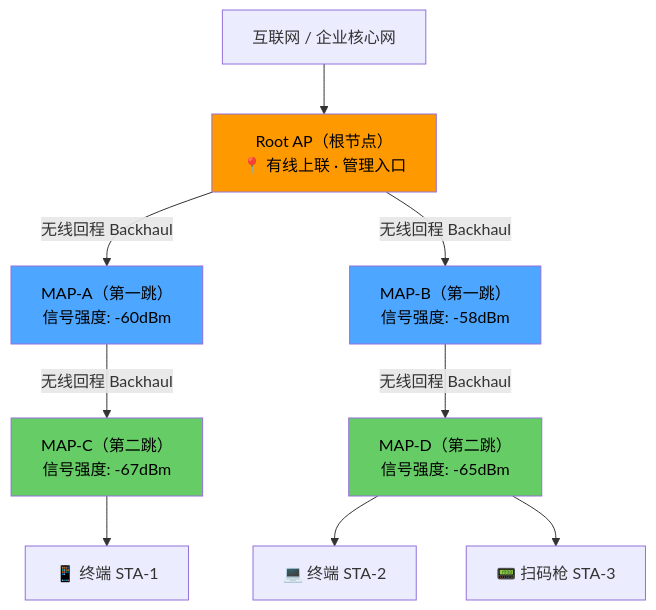
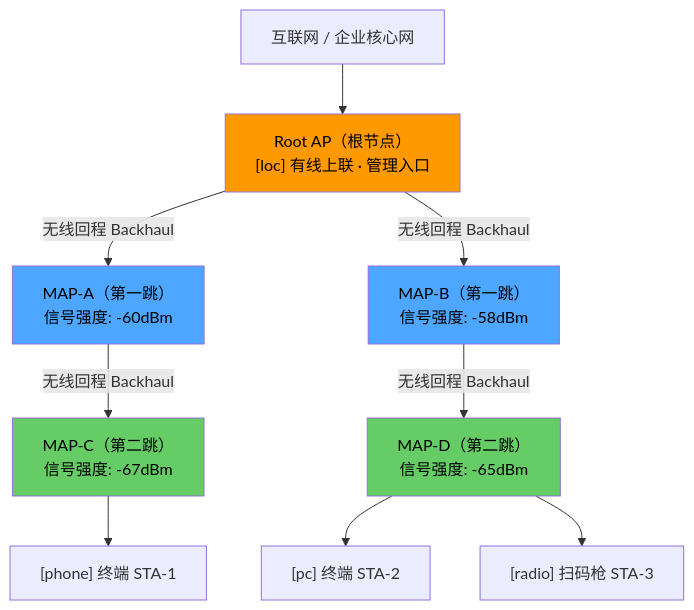
Before and after one commit to SKT-Shurima/NetworkMastery: the third of 5 diagrams in docs/guide/wireless/mesh-networking.md, drawn with Mermaid. The commit also changed other lines of this file and 54 other files, not shown here.

````diff
--- a/docs/guide/wireless/mesh-networking.md
+++ b/docs/guide/wireless/mesh-networking.md
@@ -115,31 +115,31 @@
 ```mermaid
 graph TD
     Internet["互联网 / 企业核心网"]
-    ROOT["Root AP（根节点）<br/>📍 有线上联 · 管理入口"]
+    ROOT["Root AP（根节点）<br/>[loc] 有线上联 · 管理入口"]
     
     MAP_A["MAP-A（第一跳）<br/>信号强度: -60dBm"]
     MAP_B["MAP-B（第一跳）<br/>信号强度: -58dBm"]
     
     MAP_C["MAP-C（第二跳）<br/>信号强度: -67dBm"]
     MAP_D["MAP-D（第二跳）<br/>信号强度: -65dBm"]
     
-    STA1["📱 终端 STA-1"]
-    STA2["💻 终端 STA-2"]
-    STA3["📟 扫码枪 STA-3"]
+    STA1["[phone] 终端 STA-1"]
+    STA2["[pc] 终端 STA-2"]
+    STA3["[radio] 扫码枪 STA-3"]
 
     Internet --> ROOT
     ROOT -->|"无线回程 Backhaul"| MAP_A
     ROOT -->|"无线回程 Backhaul"| MAP_B
     MAP_A -->|"无线回程 Backhaul"| MAP_C
     MAP_B -->|"无线回程 Backhaul"| MAP_D
     
     MAP_C --> STA1
     MAP_D --> STA2
     MAP_D --> STA3
 
     style ROOT fill:#ff9900,color:#000
     style MAP_A fill:#4da6ff,color:#000
     style MAP_B fill:#4da6ff,color:#000
     style MAP_C fill:#66cc66,color:#000
     style MAP_D fill:#66cc66,color:#000
 ```
````
